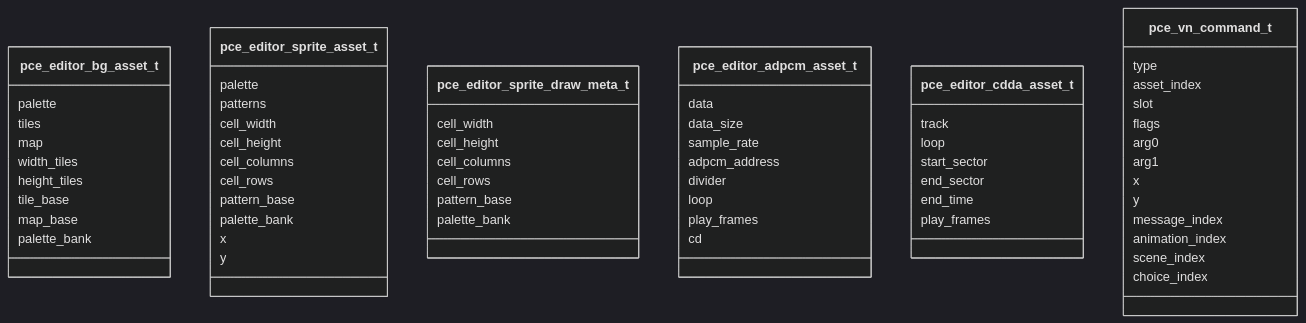
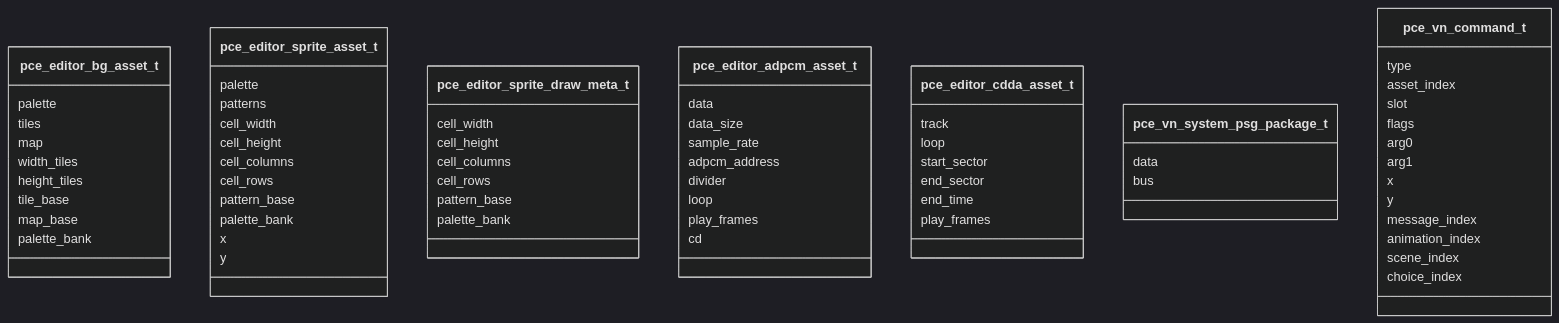
The second of 6 diagrams in docs/pce-media-programming-guide.md (HOSSIE-JP/pce-game-editor), drawn with Mermaid (dark theme) before and after one commit. The commit also changed other lines of this file and 68 other files, not shown here.

````diff
--- a/docs/pce-media-programming-guide.md
+++ b/docs/pce-media-programming-guide.md
@@ -584,65 +586,69 @@
 ```mermaid
 classDiagram
   class pce_editor_bg_asset_t {
     palette
     tiles
     map
     width_tiles
     height_tiles
     tile_base
     map_base
     palette_bank
   }
   class pce_editor_sprite_asset_t {
     palette
     patterns
     cell_width
     cell_height
     cell_columns
     cell_rows
     pattern_base
     palette_bank
     x
     y
   }
   class pce_editor_sprite_draw_meta_t {
     cell_width
     cell_height
     cell_columns
     cell_rows
     pattern_base
     palette_bank
   }
   class pce_editor_adpcm_asset_t {
     data
     data_size
     sample_rate
     adpcm_address
     divider
     loop
     play_frames
     cd
   }
   class pce_editor_cdda_asset_t {
     track
     loop
     start_sector
     end_sector
     end_time
     play_frames
   }
+  class pce_vn_system_psg_package_t {
+    data
+    bus
+  }
   class pce_vn_command_t {
     type
     asset_index
     slot
     flags
     arg0
     arg1
     x
     y
     message_index
     animation_index
     scene_index
     choice_index
   }
 ```
````
